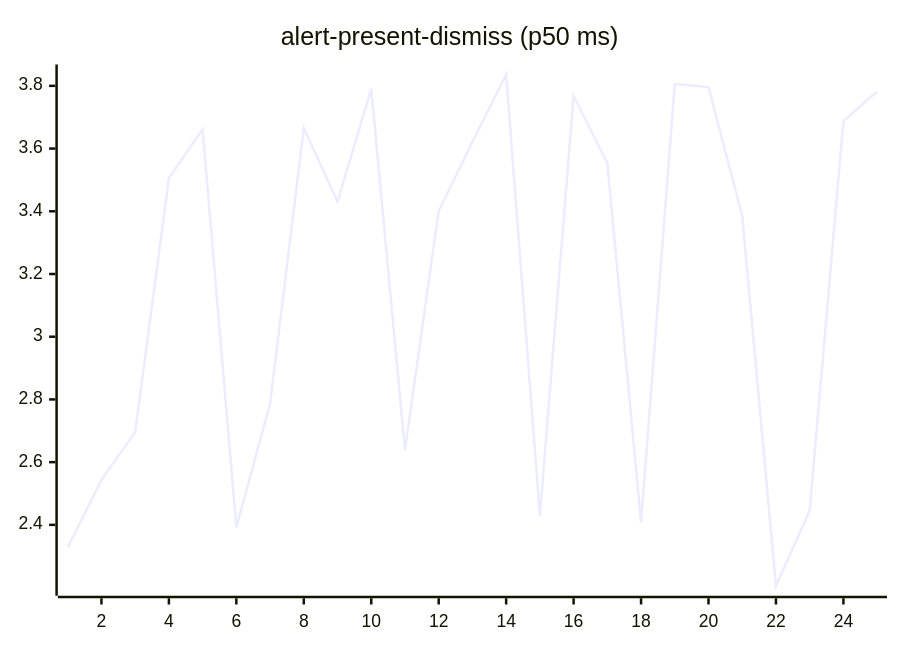
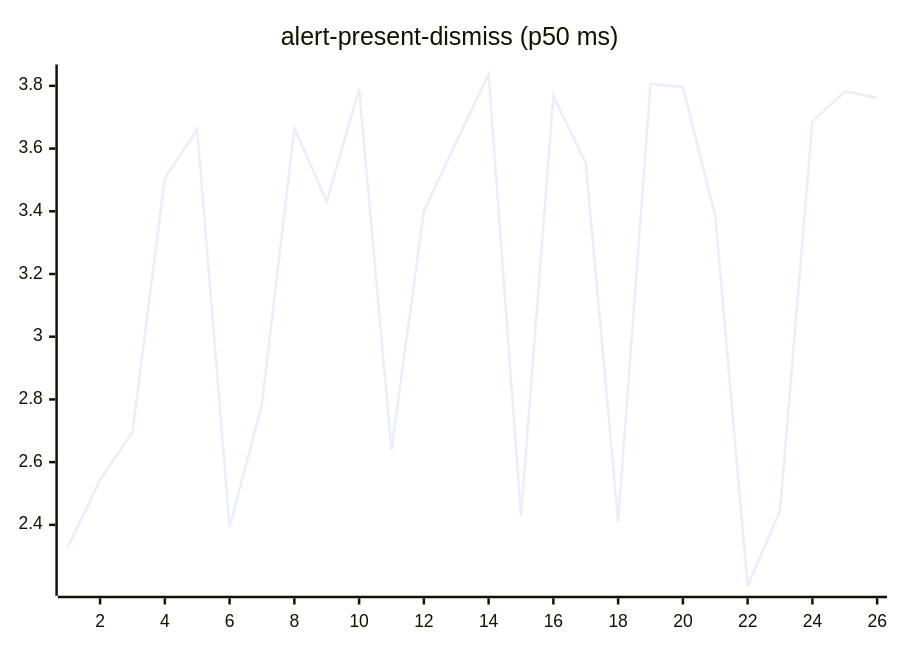
Before and after one commit to josha/Facet: the second of 27 diagrams in README.md, drawn with Mermaid. The commit also changed other lines of this file and 2 other files, not shown here.

````diff
--- a/README.md
+++ b/README.md
@@ -70,6 +70,6 @@
 ```mermaid
 xychart-beta
     title "alert-present-dismiss (p50 ms)"
-    x-axis 1 --> 25
-    line [2.3284, 2.5432, 2.6957, 3.5058, 3.6611, 2.3918, 2.7865, 3.6648, 3.4312, 3.7906, 2.6392, 3.4008, 3.6212, 3.8362, 2.4288, 3.7676, 3.5538, 2.4095, 3.8060, 3.7961, 3.3851, 2.2058, 2.4450, 3.6869, 3.7826]
+    x-axis 1 --> 26
+    line [2.3284, 2.5432, 2.6957, 3.5058, 3.6611, 2.3918, 2.7865, 3.6648, 3.4312, 3.7906, 2.6392, 3.4008, 3.6212, 3.8362, 2.4288, 3.7676, 3.5538, 2.4095, 3.8060, 3.7961, 3.3851, 2.2058, 2.4450, 3.6869, 3.7826, 3.7621]
 ```
````
